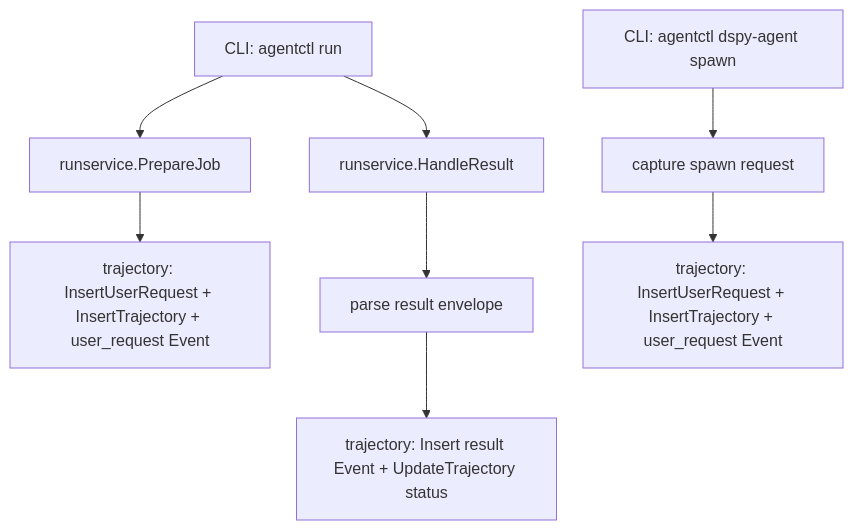
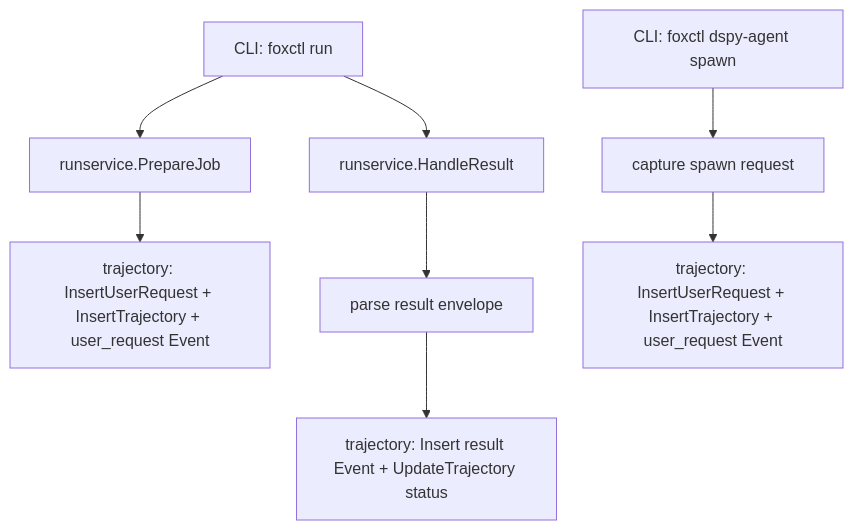
The diagram in docs/archive/specs/2025-12-12_phase7_pr2_capture_hooks.md (joshka0/foxctl), drawn with Mermaid before and after one commit. The commit also changed other lines of this file and 2567 other files, not shown here.

Commit message:
Rename agentctl to foxctl

````diff
--- a/docs/archive/specs/2025-12-12_phase7_pr2_capture_hooks.md
+++ b/docs/archive/specs/2025-12-12_phase7_pr2_capture_hooks.md
@@ -77,11 +77,11 @@
 ```mermaid
 graph TD
-  A[CLI: agentctl run] --> B[runservice.PrepareJob]
+  A[CLI: foxctl run] --> B[runservice.PrepareJob]
   B --> C[trajectory: InsertUserRequest + InsertTrajectory + user_request Event]
   A --> D[runservice.HandleResult]
   D --> E[parse result envelope]
   E --> F[trajectory: Insert result Event + UpdateTrajectory status]
 
-  G[CLI: agentctl dspy-agent spawn] --> H[capture spawn request]
+  G[CLI: foxctl dspy-agent spawn] --> H[capture spawn request]
   H --> I[trajectory: InsertUserRequest + InsertTrajectory + user_request Event]
 ```
````
